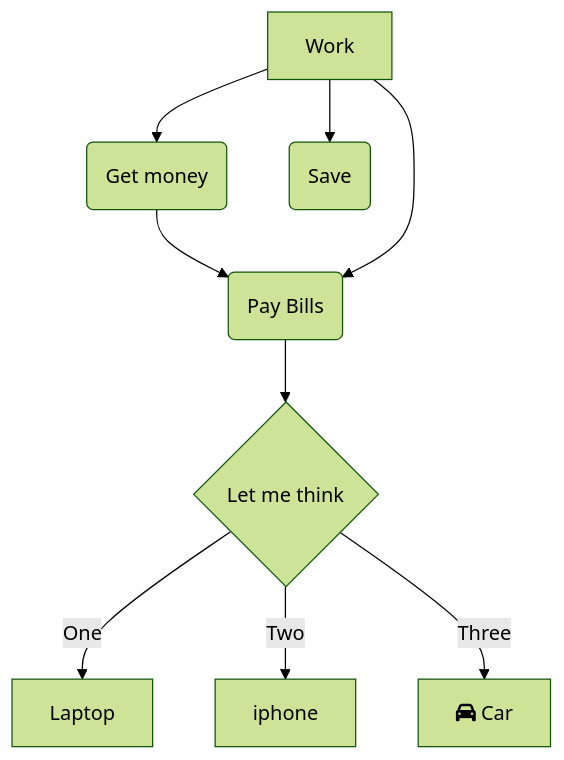
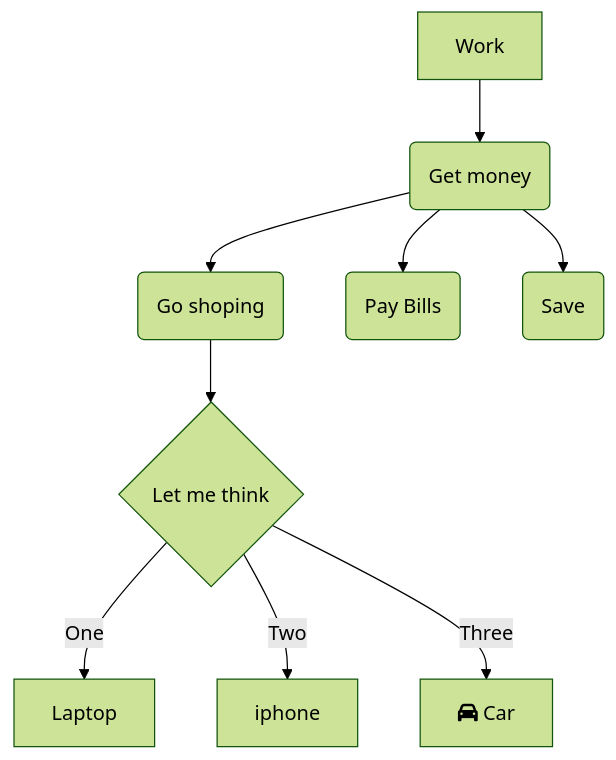
One commit to Epperezmoreno/epperezmoreno.github.io changed the diagram in Diagram.md. Above: the diagram before and after it, drawn with Mermaid (forest theme).

Commit message:
Update Diagram.md
fixed lables

````diff
--- a/Diagram.md
+++ b/Diagram.md
@@ -1,12 +1,12 @@
 ```mermaid
 flowchart TD 
 A[Work] -->B(Get money)
 B --> C(Go shoping)
-A --> C(Pay Bills)
-A --> D(Save)
+B --> D(Pay Bills)
+B --> E(Save)
 C --> F{Let me think}
 F -->|One| G[Laptop]
 F -->|Two| H[iphone]
 F -->|Three| I[fa:fa-car Car]
 
 ```
````
